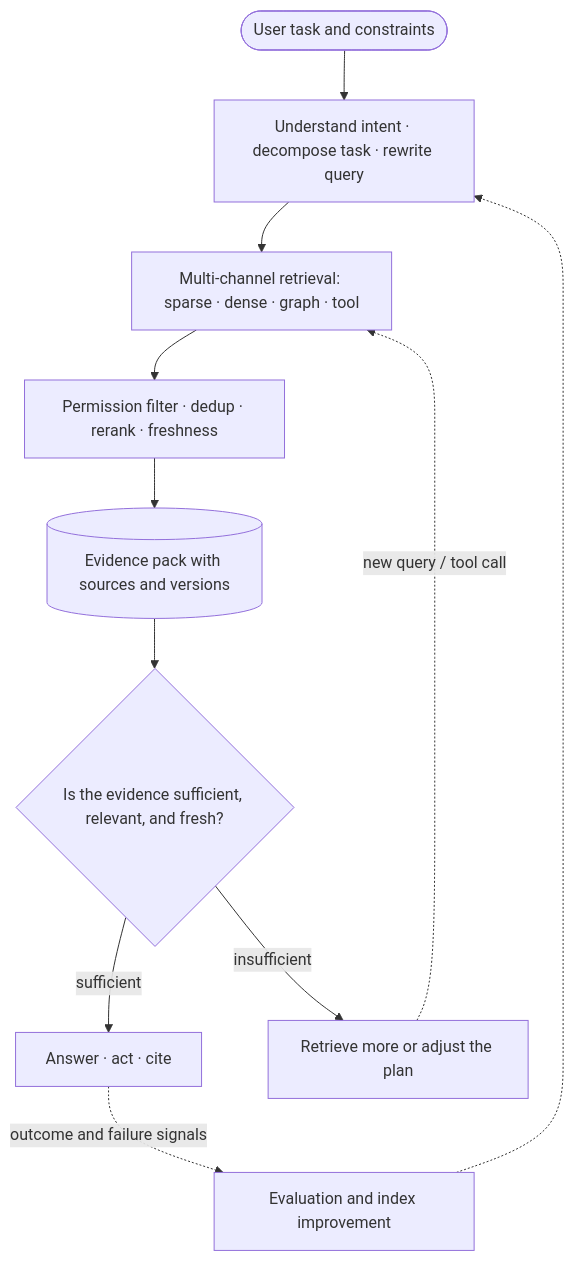
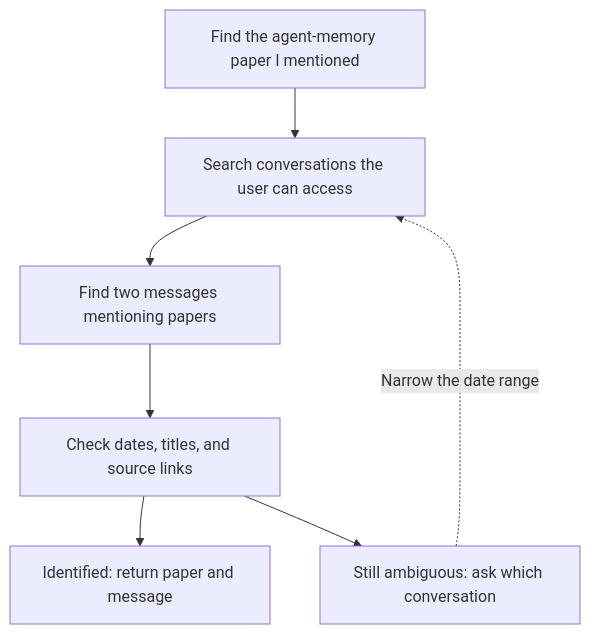
Before and after one commit to tianyi-zhang-02/cooking-agi: the diagram in 04-search/README.en.md, drawn with Mermaid. The commit also changed other lines of this file and 457 other files, not shown here.

````diff
--- a/04-search/README.en.md
+++ b/04-search/README.en.md
@@ -25,13 +36,9 @@
 ```mermaid
 flowchart TB
-    A(["User task and constraints"]) --> B["Understand intent · decompose task · rewrite query"]
-    B --> C["Multi-channel retrieval: sparse · dense · graph · tool"]
-    C --> D["Permission filter · dedup · rerank · freshness"]
-    D --> E[("Evidence pack with sources and versions")]
-    E --> F{"Is the evidence sufficient, relevant, and fresh?"}
-    F -- "sufficient" --> G["Answer · act · cite"]
-    F -- "insufficient" --> H["Retrieve more or adjust the plan"]
-    H -. "new query / tool call" .-> C
-    G -. "outcome and failure signals" .-> I["Evaluation and index improvement"]
-    I -.-> B
+    query["Find the agent-memory paper I mentioned"] --> history["Search conversations the user can access"]
+    history --> matches["Find two messages mentioning papers"]
+    matches --> check["Check dates, titles, and source links"]
+    check --> found["Identified: return paper and message"]
+    check --> unclear["Still ambiguous: ask which conversation"]
+    unclear -. "Narrow the date range" .-> history
 ```
````
